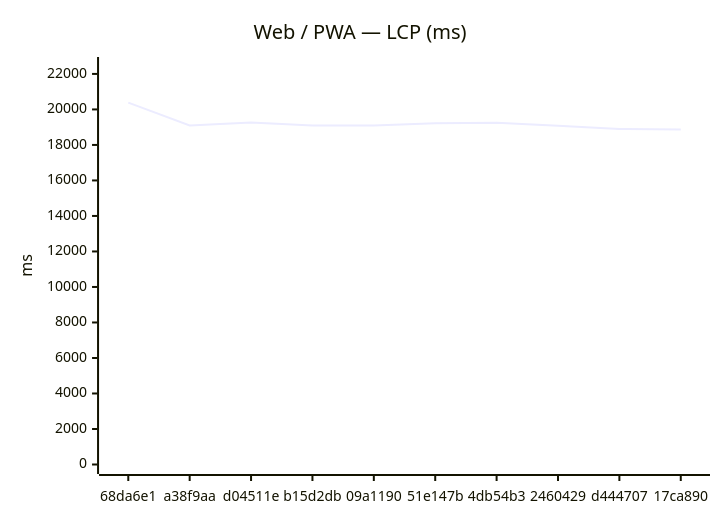
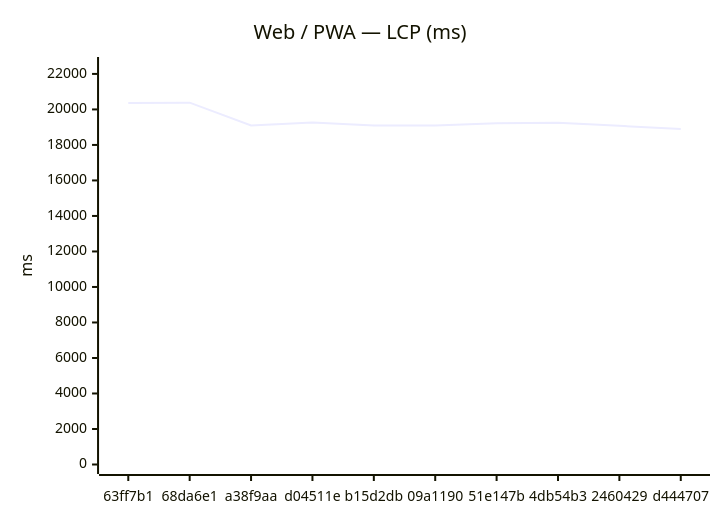
The first of 18 diagrams in benchmarks/compare.md (Metaheurist/Rianell), drawn with Mermaid before and after one commit. The commit also changed other lines of this file and 11 other files, not shown here.

````diff
--- a/benchmarks/compare.md
+++ b/benchmarks/compare.md
@@ -24,7 +24,7 @@
 ```mermaid
 xychart-beta
     title "Web / PWA — LCP (ms)"
-    x-axis ["68da6e1", "a38f9aa", "d04511e", "b15d2db", "09a1190", "51e147b", "4db54b3", "2460429", "d444707", "17ca890"]
+    x-axis ["63ff7b1", "68da6e1", "a38f9aa", "d04511e", "b15d2db", "09a1190", "51e147b", "4db54b3", "2460429", "d444707"]
     y-axis "ms" 0 --> 22418
-    line [20380, 19099, 19257, 19097, 19090, 19227, 19255, 19076, 18898, 18874]
+    line [20361, 20380, 19099, 19257, 19097, 19090, 19227, 19255, 19076, 18898]
 ```
````
